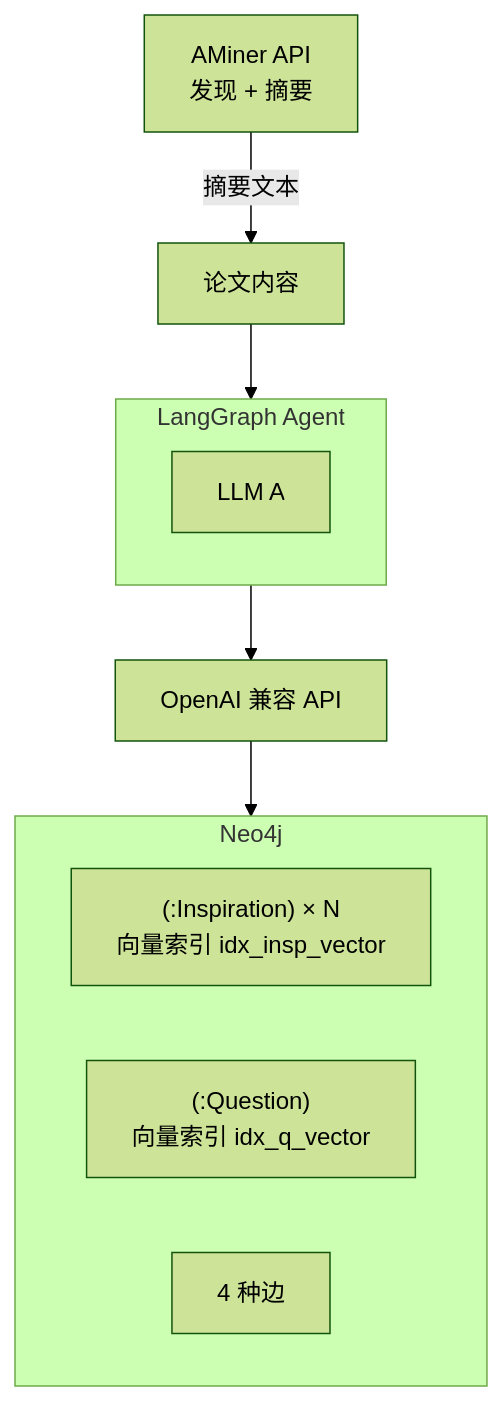
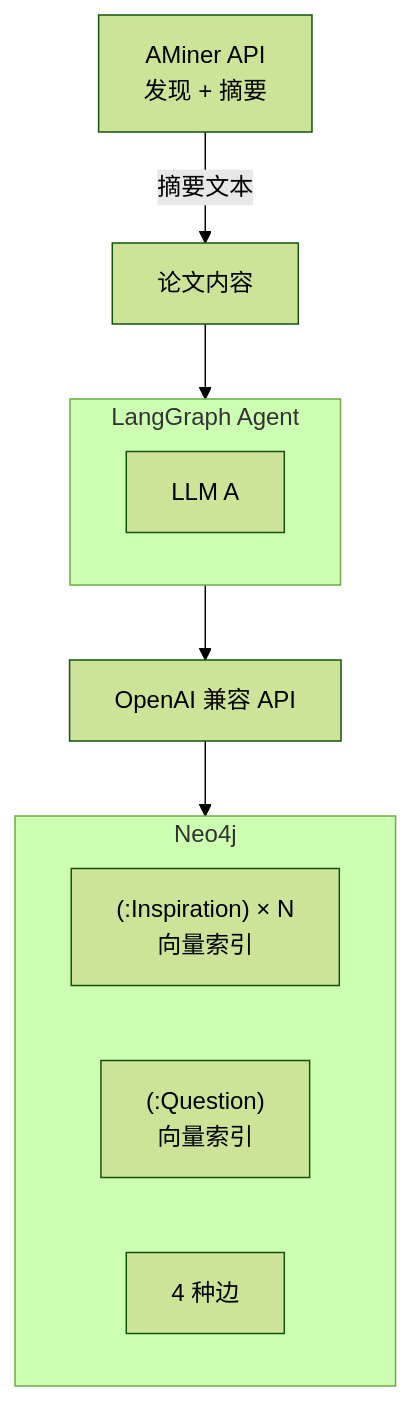
Before and after one commit to cheanus/IdeaForgeX: the diagram in docs/architecture.md, drawn with Mermaid (forest theme). The commit also changed other lines of this file and 7 other files, not shown here.

````diff
--- a/docs/architecture.md
+++ b/docs/architecture.md
@@ -78,17 +38,16 @@
 ```mermaid
 flowchart TD
     A["AMiner API<br/>发现 + 摘要"]
     A -->|摘要文本| B["论文内容"]
     B --> C
     subgraph C["LangGraph Agent"]
-        direction LR
         LLM_A["LLM A"]
     end
     C --> D["OpenAI 兼容 API"]
     D --> E
     subgraph E["Neo4j"]
-        N1["(:Inspiration) × N<br/>向量索引 idx_insp_vector"]
-        N2["(:Question)<br/>向量索引 idx_q_vector"]
+        N1["(:Inspiration) × N<br/>向量索引"]
+        N2["(:Question)<br/>向量索引"]
         N3["4 种边"]
     end
 ```
````
